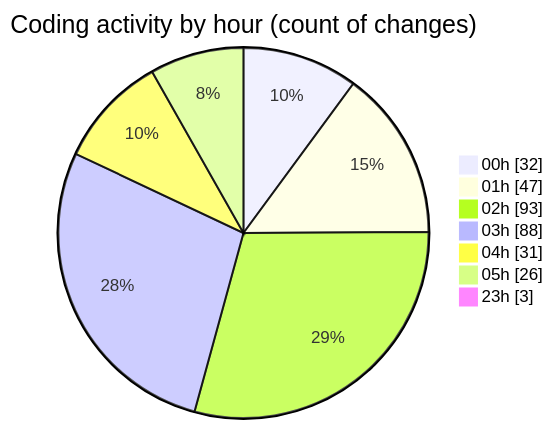
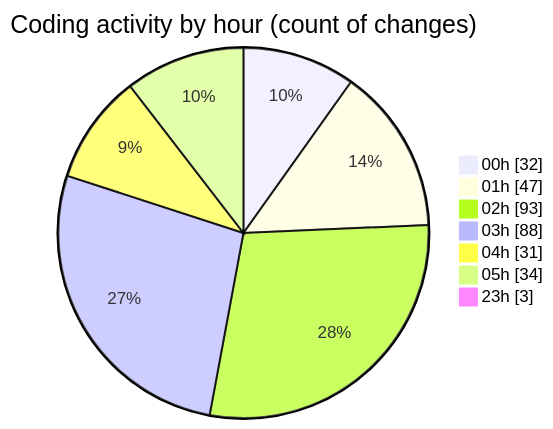
The second of 2 diagrams in 2025-07-28/quanlyrapchieuphim-1/README.md (lephambinh05/code-tracking), drawn with Mermaid before and after one commit. The commit also changed other lines of this file and 1 other file, not shown here.

````diff
--- a/2025-07-28/quanlyrapchieuphim-1/README.md
+++ b/2025-07-28/quanlyrapchieuphim-1/README.md
@@ -72,11 +72,11 @@
 ```mermaid
 pie showData
 title Coding activity by hour (count of changes)
 "00h" : 32
 "01h" : 47
 "02h" : 93
 "03h" : 88
 "04h" : 31
-"05h" : 26
+"05h" : 34
 "23h" : 3
 ```
````
